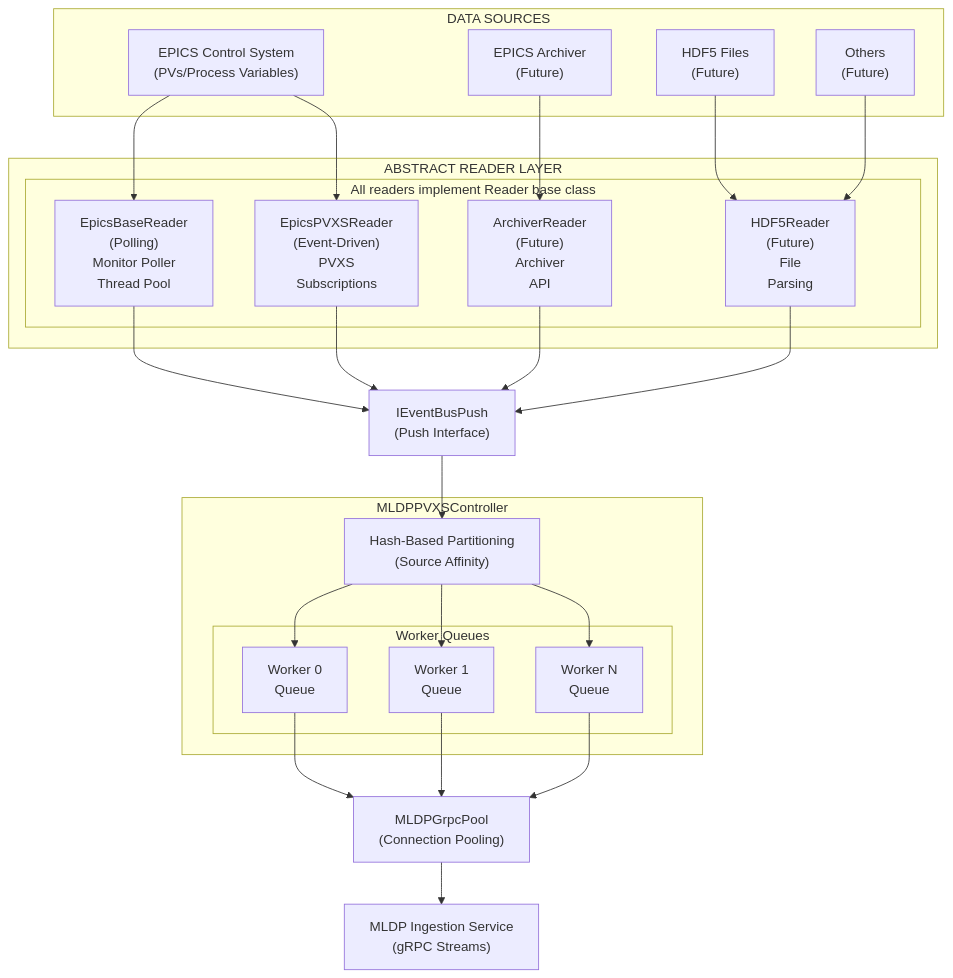
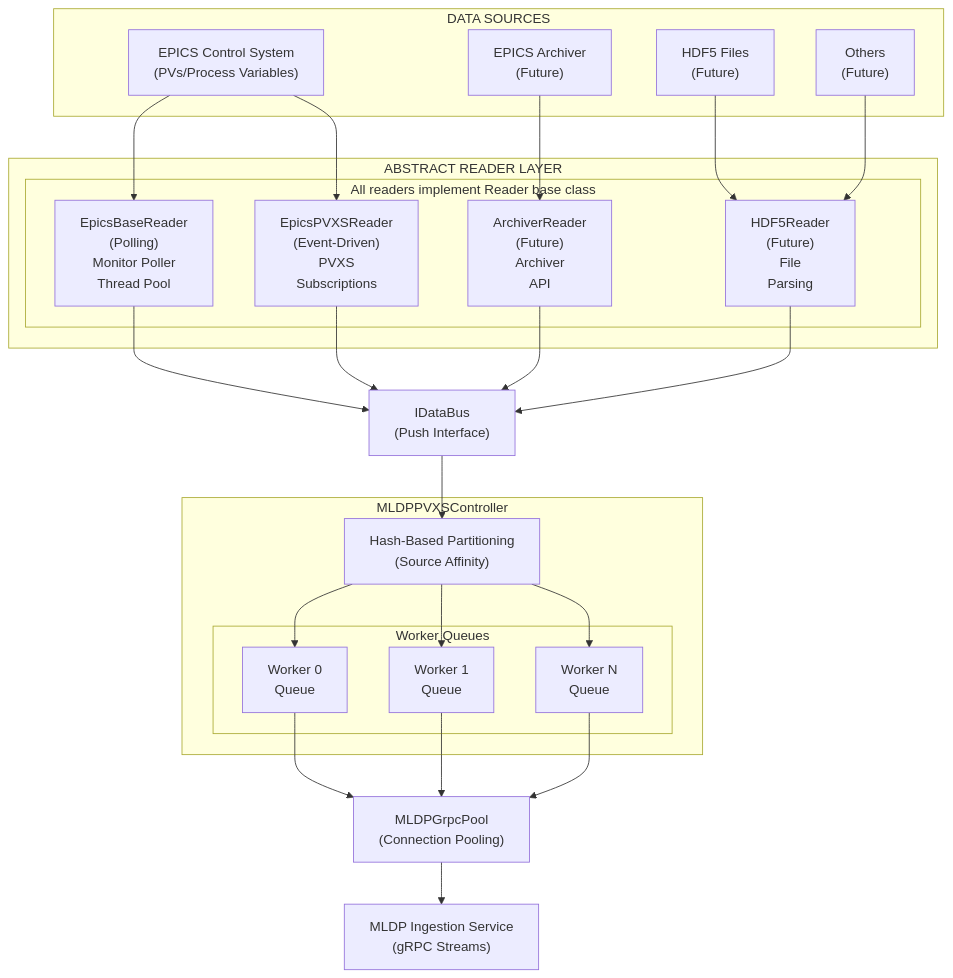
Before and after one commit to slaclab/mldp-pvxs-driver: the first of 3 diagrams in docs/architecture.md, drawn with Mermaid. The commit also changed other lines of this file and 120 other files, not shown here.

````diff
--- a/docs/architecture.md
+++ b/docs/architecture.md
@@ -11,54 +11,54 @@
 ```mermaid
 flowchart TB
     subgraph DataSources["DATA SOURCES"]
         DS1["EPICS Control System<br/>(PVs/Process Variables)"]
         DS2["EPICS Archiver<br/>(Future)"]
         DS3["HDF5 Files<br/>(Future)"]
         DS4["Others<br/>(Future)"]
     end
 
     subgraph ReaderLayer["ABSTRACT READER LAYER"]
         subgraph Readers["All readers implement Reader base class"]
             R1["EpicsBaseReader<br/>(Polling)<br/>Monitor Poller<br/>Thread Pool"]
             R2["EpicsPVXSReader<br/>(Event-Driven)<br/>PVXS<br/>Subscriptions"]
             R3["ArchiverReader<br/>(Future)<br/>Archiver<br/>API"]
             R4["HDF5Reader<br/>(Future)<br/>File<br/>Parsing"]
         end
     end
 
-    IEventBusPush["IEventBusPush<br/>(Push Interface)"]
+    IDataBus["IDataBus<br/>(Push Interface)"]
 
     subgraph Controller["MLDPPVXSController"]
         HashPart["Hash-Based Partitioning<br/>(Source Affinity)"]
         subgraph Workers["Worker Queues"]
             W0["Worker 0<br/>Queue"]
             W1["Worker 1<br/>Queue"]
             WN["Worker N<br/>Queue"]
         end
     end
 
     GrpcPool["MLDPGrpcPool<br/>(Connection Pooling)"]
     MLDPService["MLDP Ingestion Service<br/>(gRPC Streams)"]
 
     DS1 --> R1
     DS2 --> R3
     DS3 --> R4
     DS4 --> R4
     DS1 --> R2
 
-    R1 --> IEventBusPush
-    R2 --> IEventBusPush
-    R3 --> IEventBusPush
-    R4 --> IEventBusPush
+    R1 --> IDataBus
+    R2 --> IDataBus
+    R3 --> IDataBus
+    R4 --> IDataBus
 
-    IEventBusPush --> HashPart
+    IDataBus --> HashPart
     HashPart --> W0
     HashPart --> W1
     HashPart --> WN
 
     W0 --> GrpcPool
     W1 --> GrpcPool
     WN --> GrpcPool
 
     GrpcPool --> MLDPService
 ```
````
